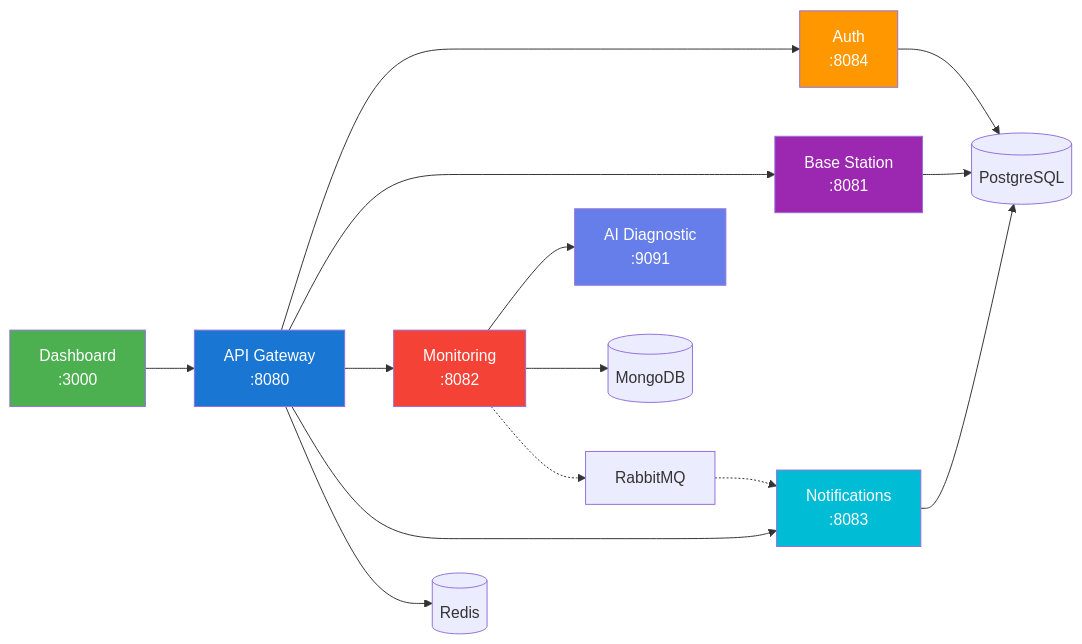
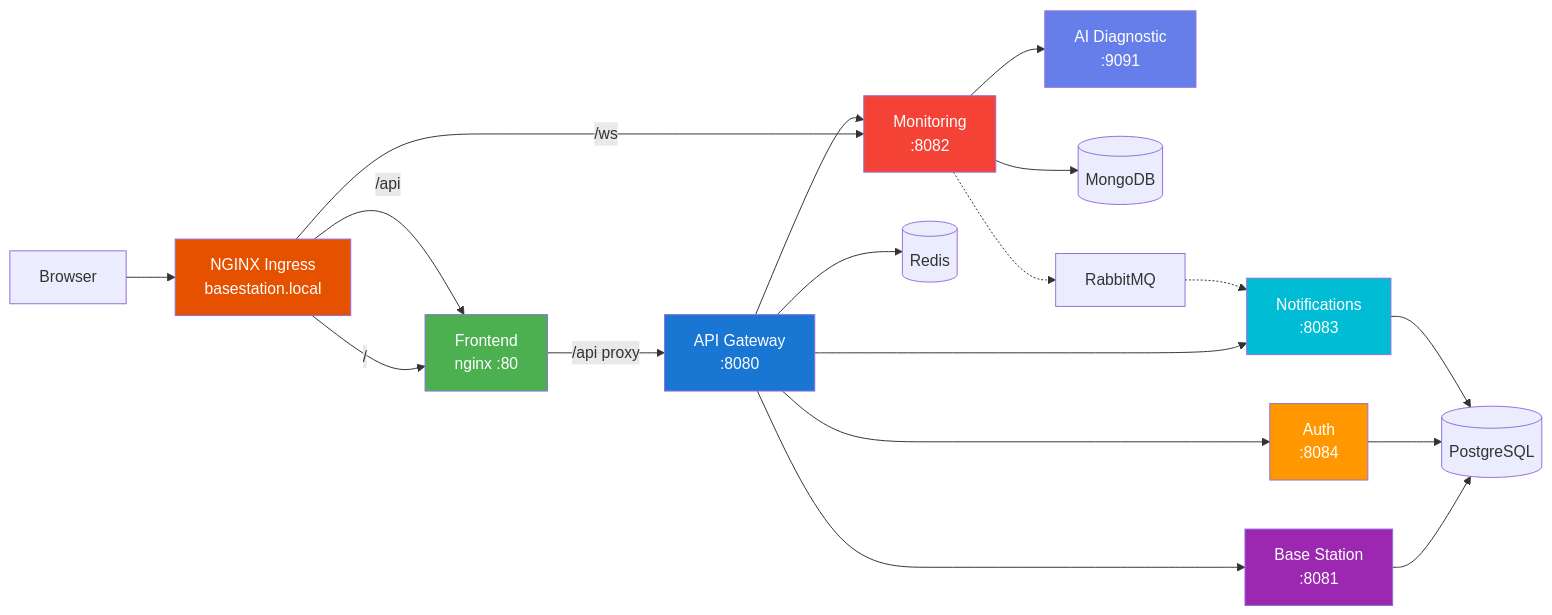
Before and after one commit to ErselSeyit/base-station-platform: the diagram in docs/ARCHITECTURE.md, drawn with Mermaid. The commit also changed other lines of this file and 14 other files, not shown here.

Commit message:
docs: rewrite documentation for Kubernetes deployment with NGINX Ingress

````diff
--- a/docs/ARCHITECTURE.md
+++ b/docs/ARCHITECTURE.md
@@ -5,31 +5,38 @@
 ```mermaid
 graph LR
-    Client[Dashboard<br/>:3000]
+    User[Browser]
+    Ingress[NGINX Ingress<br/>basestation.local]
+    Client[Frontend<br/>nginx :80]
     GW[API Gateway<br/>:8080]
 
-    Client --> GW
+    User --> Ingress
+    Ingress -->|/| Client
+    Ingress -->|/api| Client
+    Ingress -->|/ws| MS
+    Client -->|/api proxy| GW
 
     GW --> AS[Auth<br/>:8084]
     GW --> BS[Base Station<br/>:8081]
     GW --> MS[Monitoring<br/>:8082]
     GW --> NS[Notifications<br/>:8083]
 
     MS --> AI[AI Diagnostic<br/>:9091]
 
     BS --> PG[(PostgreSQL)]
     AS --> PG
     NS --> PG
     MS --> MDB[(MongoDB)]
 
     GW --> Redis[(Redis)]
     MS -.-> RMQ[RabbitMQ]
     RMQ -.-> NS
 
+    style Ingress fill:#e65100,color:#fff
     style GW fill:#1976d2,color:#fff
     style Client fill:#4caf50,color:#fff
     style BS fill:#9c27b0,color:#fff
     style MS fill:#f44336,color:#fff
     style NS fill:#00bcd4,color:#fff
     style AS fill:#ff9800,color:#fff
     style AI fill:#667eea,color:#fff
 ```
````
